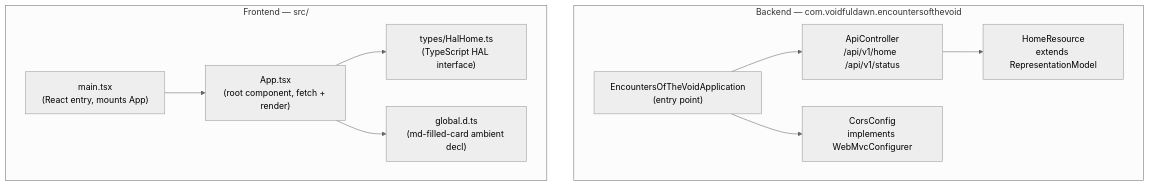
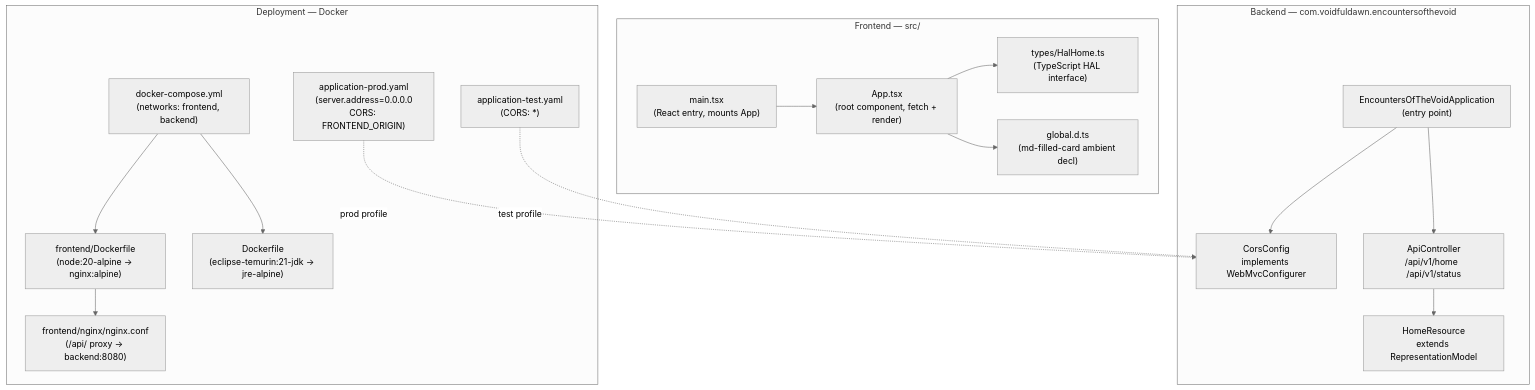
One commit to VoidfulDawn/Encounters_of_the_Void changed the sixth of 6 diagrams in docs/ARCHITECTURE.md. Above: the diagram before and after it, drawn with Mermaid (neutral theme). The commit also changed 1 other file, not shown here.

Commit message:
docs: add deployment subgraph to component diagram
Extends component.mmd and docs/ARCHITECTURE.md Component Breakdown to
include Docker deployment infrastructure: backend and frontend
Dockerfiles, nginx.conf, docker-compose.yml, and Spring profile YAML
files (prod/test), with edges showing how Compose orchestrates the
containers and profiles bind to CorsConfig.

````diff
--- a/docs/ARCHITECTURE.md
+++ b/docs/ARCHITECTURE.md
@@ -156,23 +156,37 @@
 ```mermaid
 graph TB
     subgraph backend ["Backend — com.voidfuldawn.encountersofthevoid"]
         App["EncountersOfTheVoidApplication\n(entry point)"]
         Controller["ApiController\n/api/v1/home  /api/v1/status"]
         Model["HomeResource\nextends RepresentationModel"]
         Config["CorsConfig\nimplements WebMvcConfigurer"]
     end
 
     subgraph frontend ["Frontend — src/"]
         MainTSX["main.tsx\n(React entry, mounts App)"]
         AppTSX["App.tsx\n(root component, fetch + render)"]
         Types["types/HalHome.ts\n(TypeScript HAL interface)"]
         GlobalD["global.d.ts\n(md-filled-card ambient decl)"]
     end
 
+    subgraph deployment ["Deployment — Docker"]
+        DockerBE["Dockerfile\n(eclipse-temurin:21-jdk → jre-alpine)"]
+        DockerFE["frontend/Dockerfile\n(node:20-alpine → nginx:alpine)"]
+        NginxConf["frontend/nginx/nginx.conf\n(/api/ proxy → backend:8080)"]
+        Compose["docker-compose.yml\n(networks: frontend, backend)"]
+        ProfProd["application-prod.yaml\n(server.address=0.0.0.0\nCORS: FRONTEND_ORIGIN)"]
+        ProfTest["application-test.yaml\n(CORS: *)"]
+    end
+
     App --> Controller
     App --> Config
     Controller --> Model
     MainTSX --> AppTSX
     AppTSX --> Types
     AppTSX --> GlobalD
+    Compose --> DockerBE
+    Compose --> DockerFE
+    DockerFE --> NginxConf
+    ProfProd -.->|"prod profile"| Config
+    ProfTest -.->|"test profile"| Config
 ```
````
